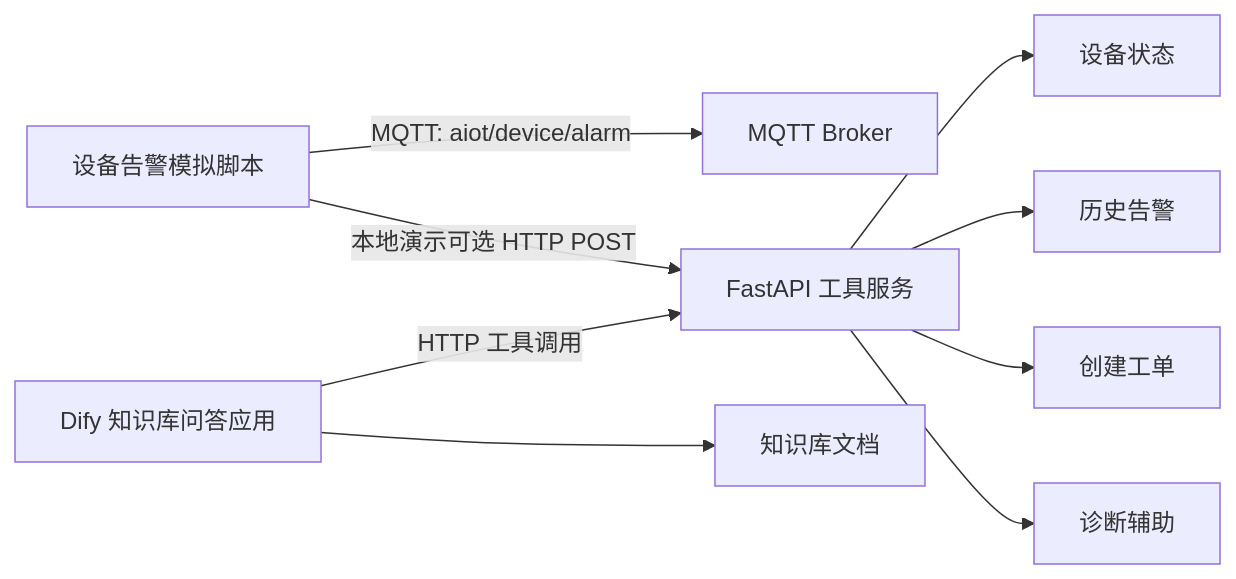
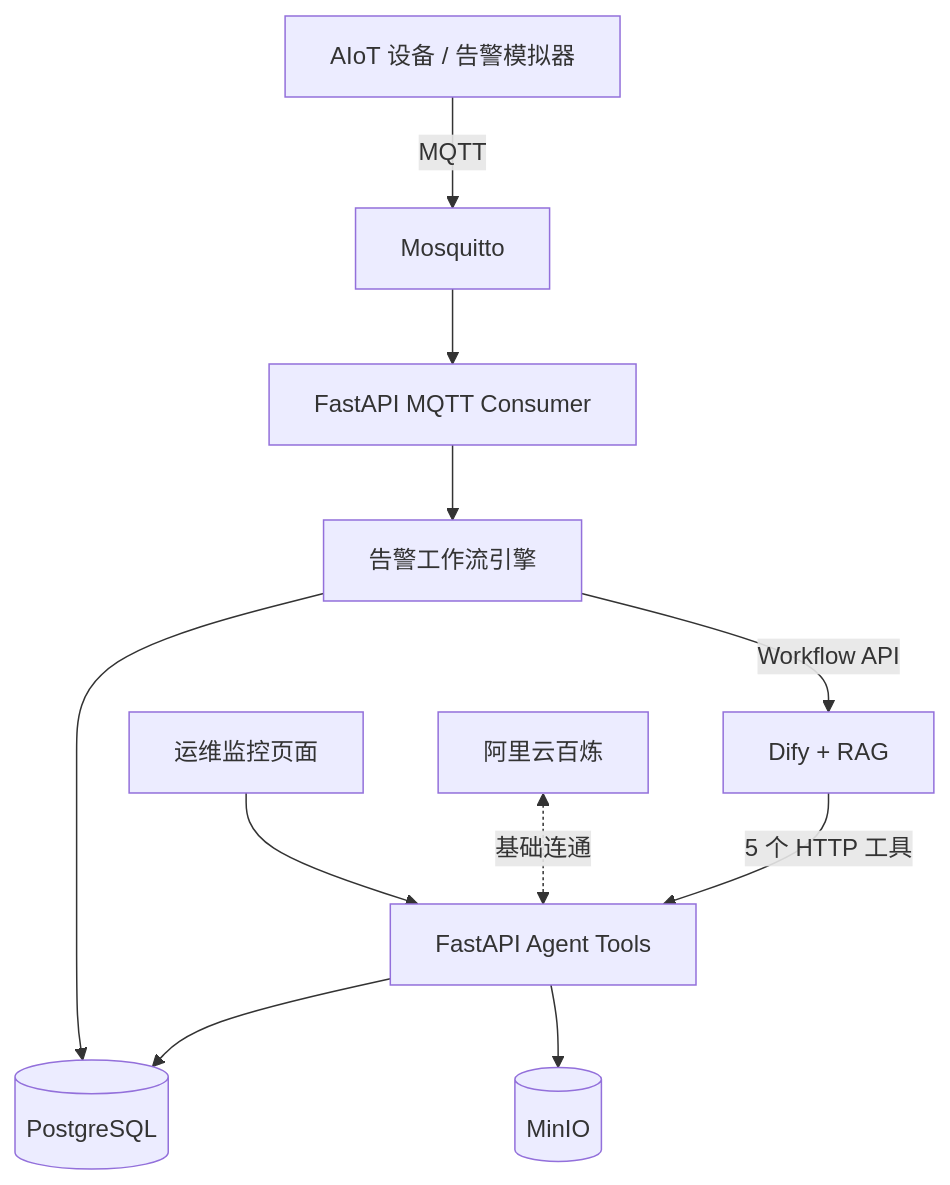
The diagram in README.md (209044528/Kita-AIoT), drawn with Mermaid before and after one commit. The commit also changed other lines of this file and 35 other files, not shown here.

Commit message:
feat: implement AIoT alarm management system with Dify workflow integration and MQTT support

````diff
--- a/README.md
+++ b/README.md
@@ -99,11 +24,13 @@
 ```mermaid
-flowchart LR
-    device["设备告警模拟脚本"] -->|MQTT: aiot/device/alarm| broker["MQTT Broker"]
-    device -->|本地演示可选 HTTP POST| api["FastAPI 工具服务"]
-    dify["Dify 知识库问答应用"] --> kb["知识库文档"]
-    dify -->|HTTP 工具调用| api
-    api --> status["设备状态"]
-    api --> alarms["历史告警"]
-    api --> wo["创建工单"]
-    api --> diagnosis["诊断辅助"]
+flowchart TB
+    Device["AIoT 设备 / 告警模拟器"] -->|"MQTT"| Broker["Mosquitto"]
+    Broker --> Consumer["FastAPI MQTT Consumer"]
+    Consumer --> Workflow["告警工作流引擎"]
+    Workflow -->|"Workflow API"| Dify["Dify + RAG"]
+    Dify -->|"5 个 HTTP 工具"| API["FastAPI Agent Tools"]
+    Bailian["阿里云百炼"] <-. "基础连通" .-> API
+    Web["运维监控页面"] --> API
+    API --> PostgreSQL[("PostgreSQL")]
+    Workflow --> PostgreSQL
+    API --> MinIO[("MinIO")]
 ```
````
